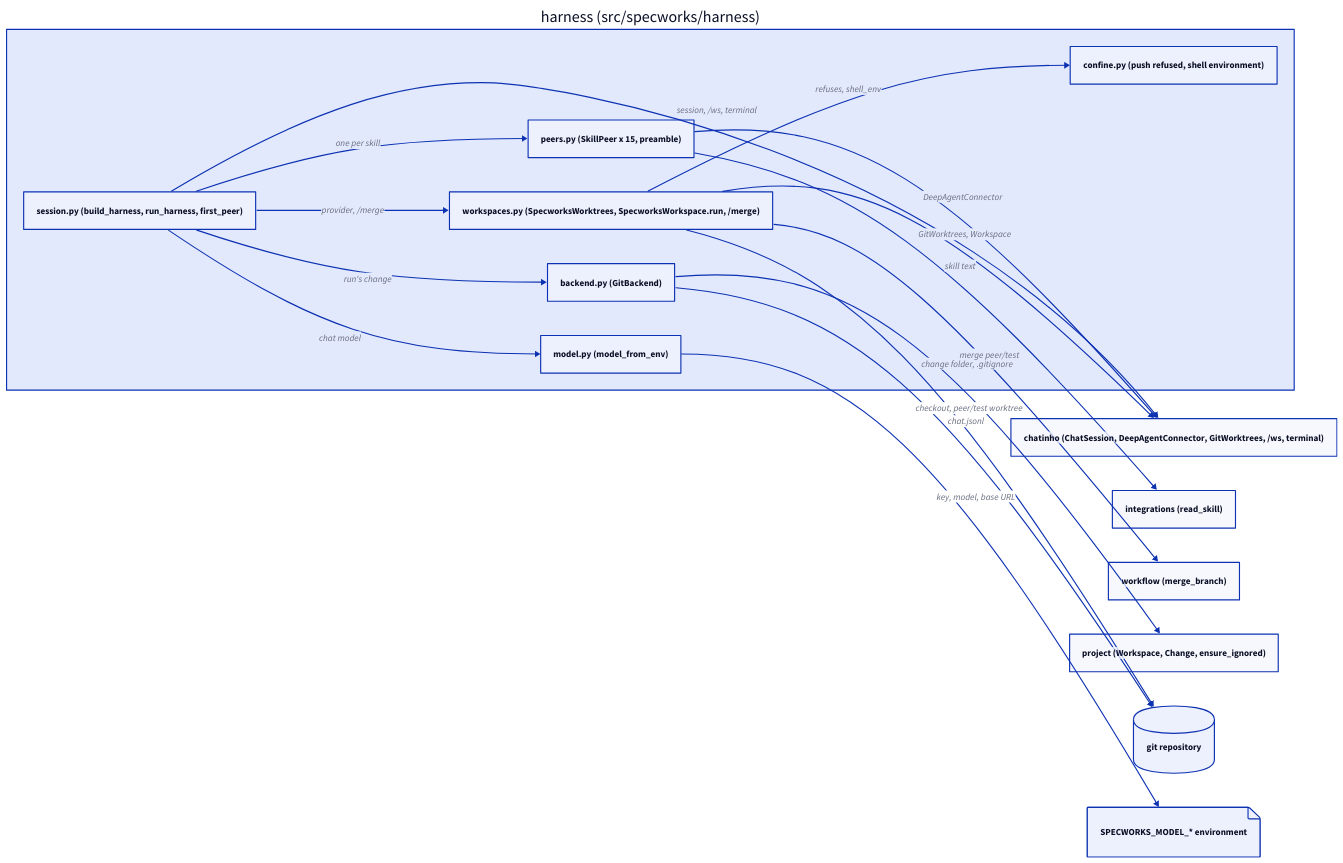
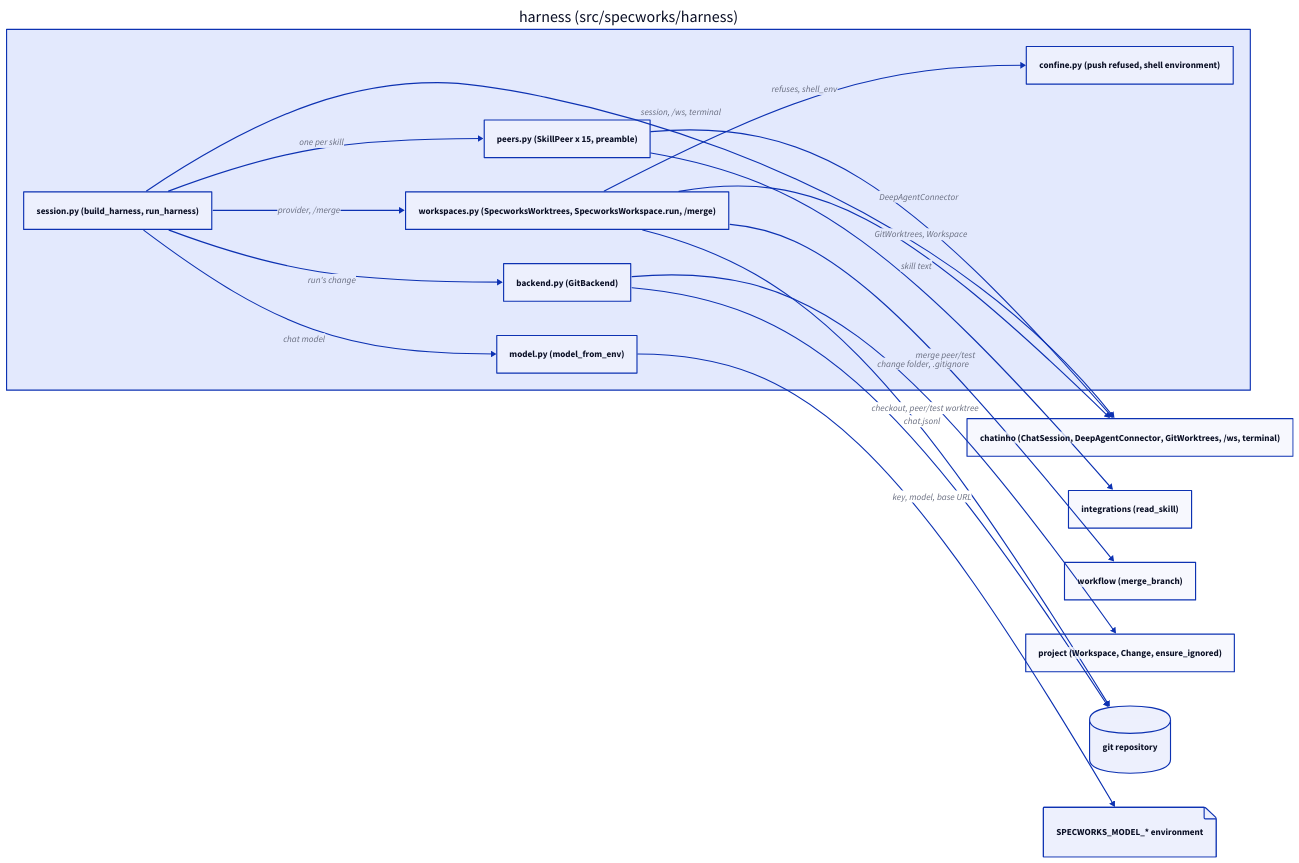
The diagram in src/specworks/harness/docs/diagrams/harness-blocks.d2 (lcmonteiro/specworks), drawn with D2 before and after one commit. The commit also changed 15 other files, not shown here.

```diff
--- a/src/specworks/harness/docs/diagrams/harness-blocks.d2
+++ b/src/specworks/harness/docs/diagrams/harness-blocks.d2
@@ -1,37 +1,37 @@
 direction: right
 
 harness: harness (src/specworks/harness) {
-  session: "session.py (build_harness, run_harness, first_peer)"
+  session: "session.py (build_harness, run_harness)"
   peers: "peers.py (SkillPeer x 15, preamble)"
   workspaces: "workspaces.py (SpecworksWorktrees, SpecworksWorkspace.run, /merge)"
   confine: "confine.py (push refused, shell environment)"
   backend: "backend.py (GitBackend)"
   model: "model.py (model_from_env)"
 
   session -> peers: one per skill
   session -> backend: run's change
   session -> workspaces: provider, /merge
   session -> model: chat model
   workspaces -> confine: refuses, shell_env
 }
 
 chatinho: "chatinho (ChatSession, DeepAgentConnector, GitWorktrees, /ws, terminal)"
 integrations: "integrations (read_skill)"
 workflow: "workflow (merge_branch)"
 project: "project (Workspace, Change, ensure_ignored)"
 repo: git repository {
   shape: cylinder
 }
 env: "SPECWORKS_MODEL_* environment" {
   shape: page
 }
 
 harness.session -> chatinho: session, /ws, terminal
 harness.peers -> chatinho: DeepAgentConnector
 harness.workspaces -> chatinho: GitWorktrees, Workspace
 harness.peers -> integrations: skill text
 harness.workspaces -> workflow: merge peer/test
 harness.workspaces -> repo: "checkout, peer/test worktree"
 harness.backend -> project: change folder, .gitignore
 harness.backend -> repo: chat.jsonl
 harness.model -> env: key, model, base URL
```
